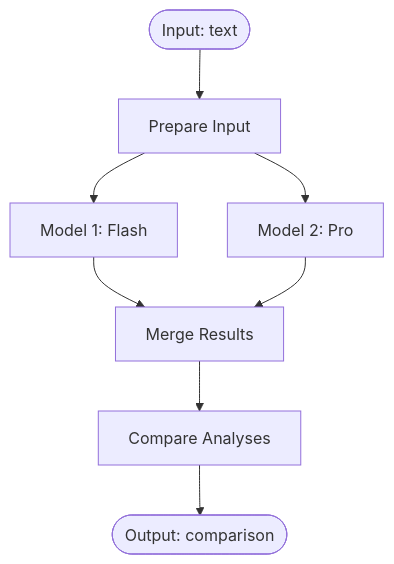
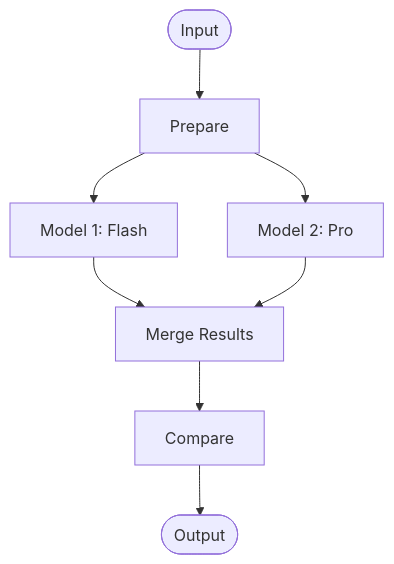
The fifth of 5 diagrams in docs/guides/scheduler.md (AmreetKumarkhuntia/knik), drawn with Mermaid before and after one commit. The commit also changed other lines of this file and 28 other files, not shown here.

````diff
--- a/docs/guides/scheduler.md
+++ b/docs/guides/scheduler.md
@@ -92,10 +250,10 @@
 ```mermaid
 flowchart TD
-    Start([Input: text]) --> N1[Prepare Input]
+    Start([Input]) --> N1[Prepare]
     N1 --> N2[Model 1: Flash]
     N1 --> N3[Model 2: Pro]
     N2 --> N4[Merge Results]
     N3 --> N4
-    N4 --> N5[Compare Analyses]
-    N5 --> End([Output: comparison])
+    N4 --> N5[Compare]
+    N5 --> End([Output])
 ```
````
